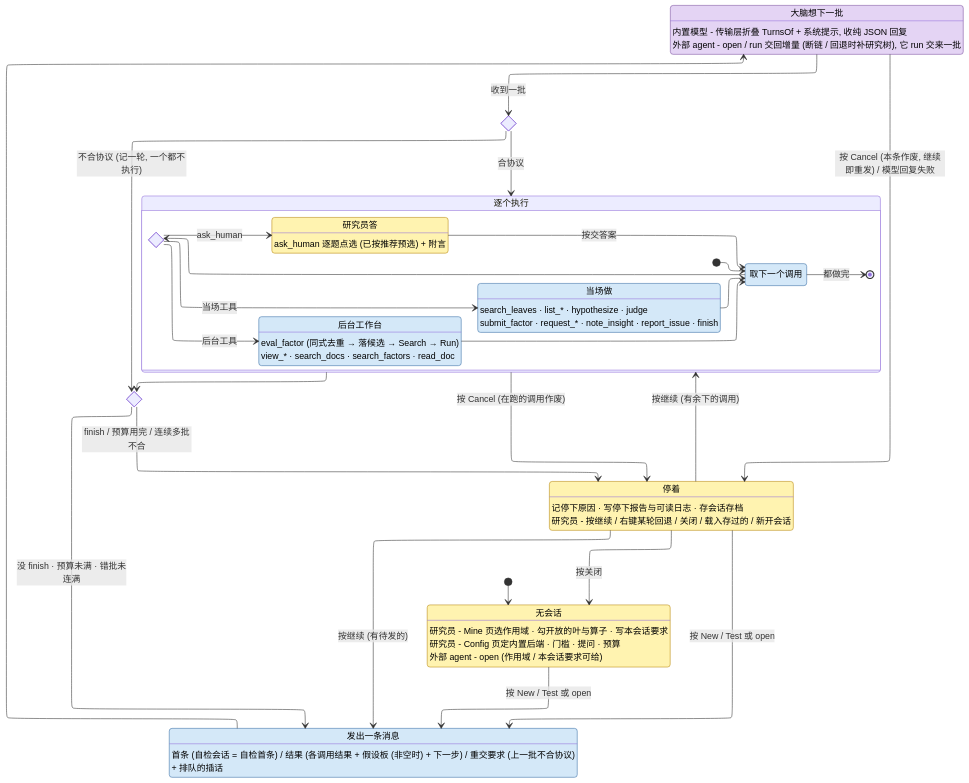
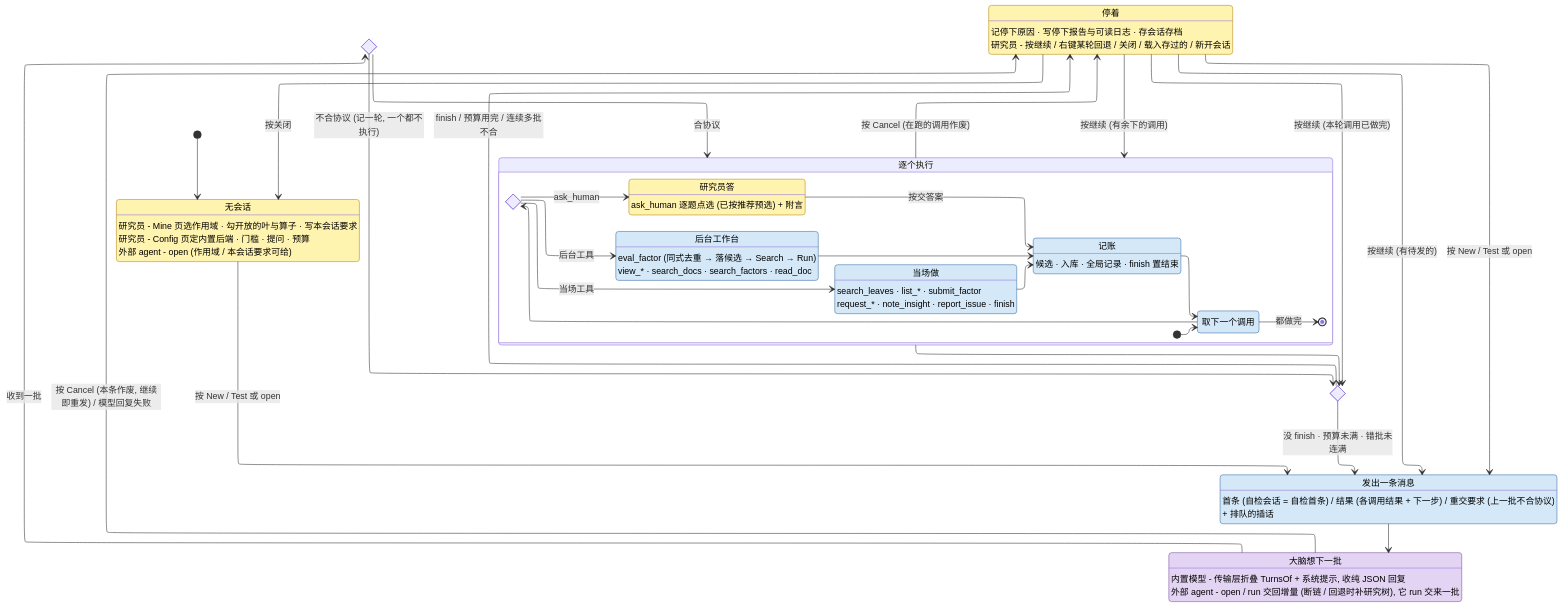
Before and after one commit to CoCoMilkyWay/stk: the diagram in AGENT.md, drawn with Mermaid. The commit also changed other lines of this file and 49 other files, not shown here.

````diff
--- a/AGENT.md
+++ b/AGENT.md
@@ -71,75 +80,80 @@
 ```mermaid
 ---
 config:
   layout: elk
 ---
 stateDiagram-v2
     direction TB
 
     state "无会话" as None
     None : 研究员 - Mine 页选作用域 · 勾开放的叶与算子 · 写本会话要求
     None : 研究员 - Config 页定内置后端 · 门槛 · 提问 · 预算
     None : 外部 agent - open (作用域 / 本会话要求可给)
 
     state "发出一条消息" as Post
-    Post : 首条 (自检会话 = 自检首条) / 结果 (各调用结果 + 假设板 (非空时) + 下一步) / 重交要求 (上一批不合协议)
+    Post : 首条 (自检会话 = 自检首条) / 结果 (各调用结果 + 下一步) / 重交要求 (上一批不合协议)
     Post : + 排队的插话
 
     state "大脑想下一批" as Think
     Think : 内置模型 - 传输层折叠 TurnsOf + 系统提示, 收纯 JSON 回复
     Think : 外部 agent - open / run 交回增量 (断链 / 回退时补研究树), 它 run 交来一批
 
     state Format <<choice>>
 
     state "逐个执行" as Act {
         direction LR
         state "取下一个调用" as Next
         state Kind <<choice>>
         state "当场做" as Sync
-        Sync : search_leaves · list_* · hypothesize · judge
-        Sync : submit_factor · request_* · note_insight · report_issue · finish
+        Sync : search_leaves · list_* · submit_factor
+        Sync : request_* · note_insight · report_issue · finish
         state "后台工作台" as Lab
         Lab : eval_factor (同式去重 → 落候选 → Search → Run)
         Lab : view_* · search_docs · search_factors · read_doc
         state "研究员答" as Choose
         Choose : ask_human 逐题点选 (已按推荐预选) + 附言
 
         [*] --> Next
         Next --> Kind
         Kind --> Sync : 当场工具
         Kind --> Lab : 后台工具
         Kind --> Choose : ask_human
-        Sync --> Next
-        Lab --> Next
-        Choose --> Next : 按交答案
+        state "记账" as Book
+        Book : 候选 · 入库 · 全局记录 · finish 置结束
+
+        Sync --> Book
+        Lab --> Book
+        Choose --> Book : 按交答案
+        Book --> Next
         Next --> [*] : 都做完
     }
     state Fin <<choice>>
 
     state "停着" as Pause
     Pause : 记停下原因 · 写停下报告与可读日志 · 存会话存档
     Pause : 研究员 - 按继续 / 右键某轮回退 / 关闭 / 载入存过的 / 新开会话
 
     [*] --> None
     None --> Post : 按 New / Test 或 open
     Post --> Think
     Think --> Format : 收到一批
     Format --> Fin : 不合协议 (记一轮, 一个都不执行)
     Format --> Act : 合协议
     Act --> Fin
     Fin --> Post : 没 finish · 预算未满 · 错批未连满
     Fin --> Pause : finish / 预算用完 / 连续多批不合
     Think --> Pause : 按 Cancel (本条作废, 继续即重发) / 模型回复失败
     Act --> Pause : 按 Cancel (在跑的调用作废)
     Pause --> Post : 按继续 (有待发的)
     Pause --> Act : 按继续 (有余下的调用)
+    Pause --> Fin : 按继续 (本轮调用已做完)
     Pause --> Post : 按 New / Test 或 open
     Pause --> None : 按关闭
 
     classDef human fill:#fff3b0,stroke:#b8860b,color:#000
     classDef brain fill:#e4d4f4,stroke:#7b4fa0,color:#000
     classDef sys fill:#d4e8f8,stroke:#3a6ea5,color:#000
     class None, Choose, Pause human
     class Think brain
-    class Post, Next, Sync, Lab sys
+    class Post, Next, Sync, Lab, Book sys
 ```
````
